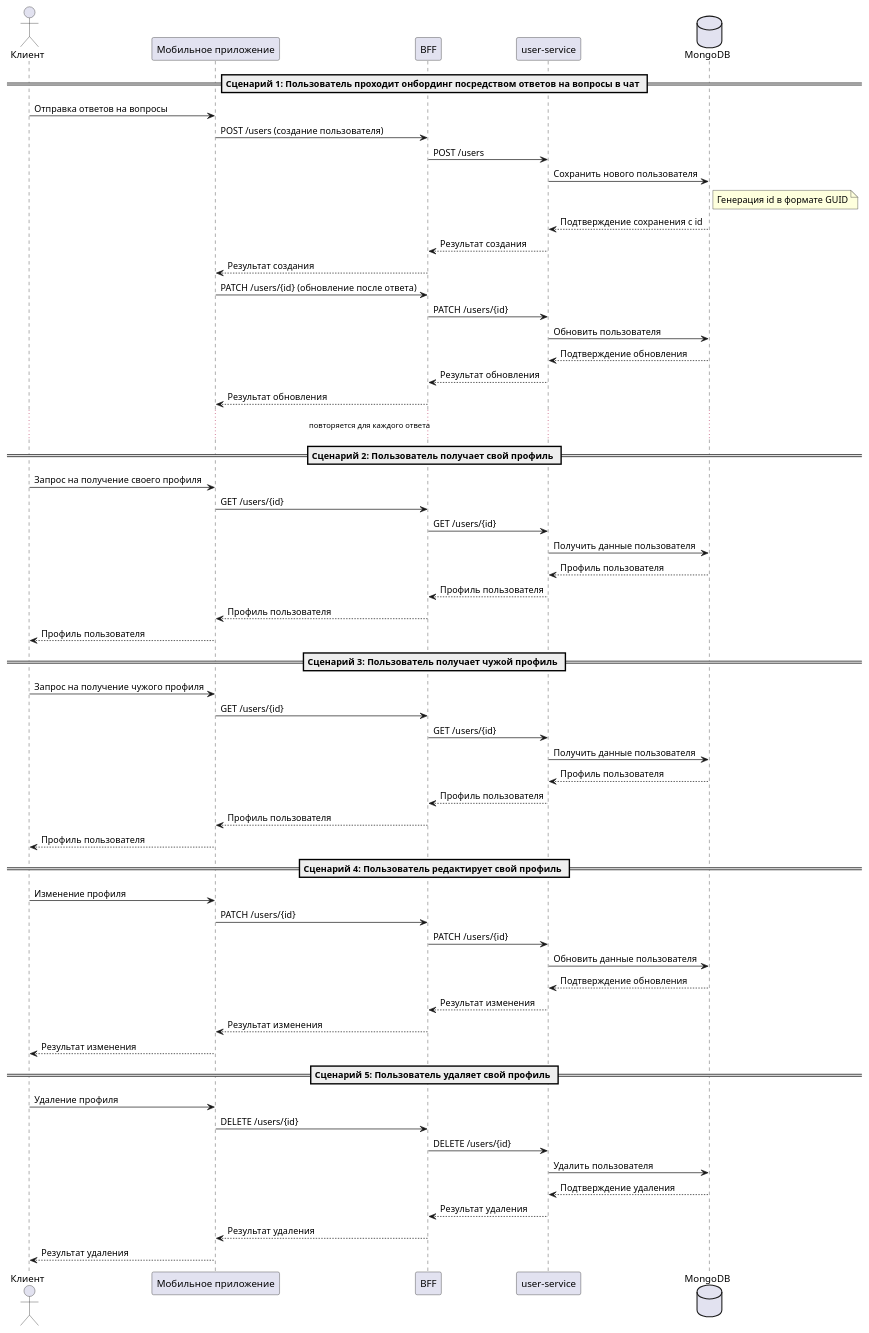
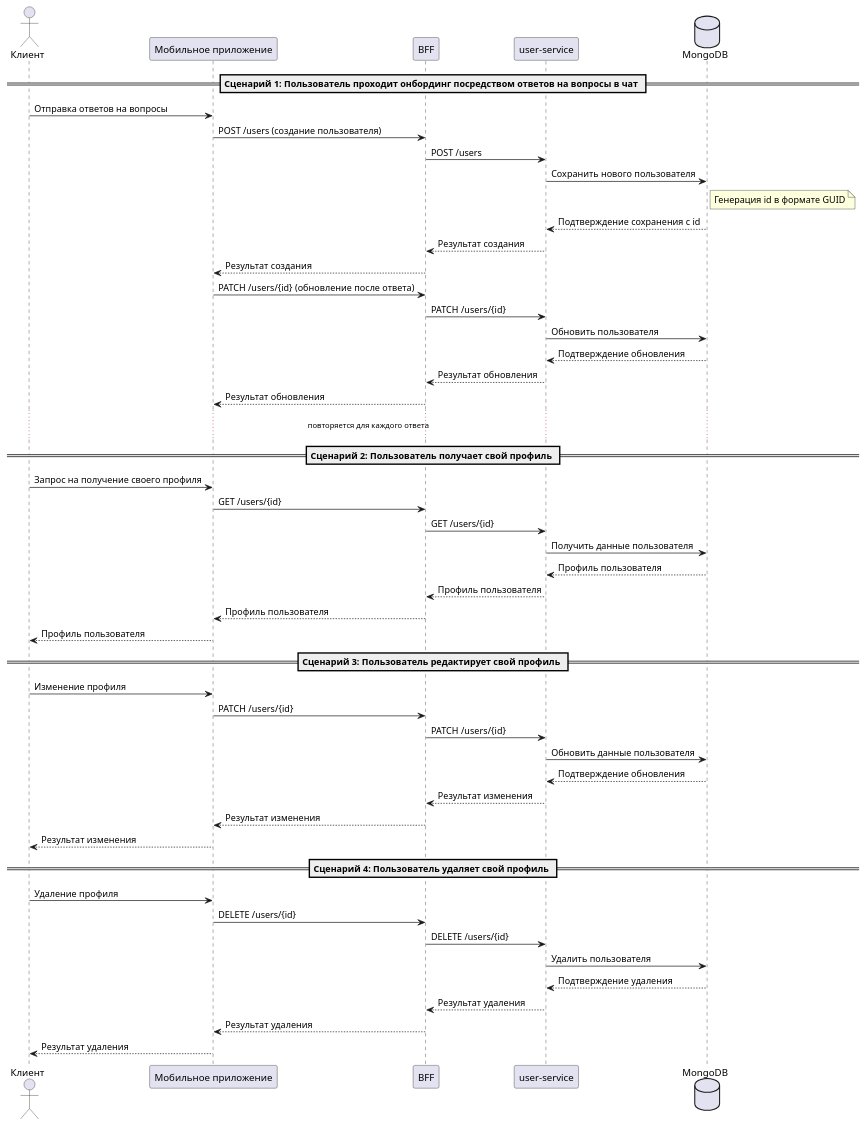
Before and after one commit to keviabird/Onesty_back: the diagram in docs/users.puml, drawn with PlantUML. The commit also changed 8 other files, not shown here.

```diff
--- a/docs/users.puml
+++ b/docs/users.puml
@@ -1,66 +1,66 @@
 @startuml
 
 actor Клиент
 participant "Мобильное приложение" as App
 participant "BFF" as BFF
 participant "user-service" as UserService
 database "MongoDB" as MongoDB
 
 == Сценарий 1: Пользователь проходит онбординг посредством ответов на вопросы в чат ==
 Клиент -> App: Отправка ответов на вопросы
 App -> BFF: POST /users (создание пользователя)
 BFF -> UserService: POST /users
 UserService -> MongoDB: Сохранить нового пользователя
 note right of MongoDB: Генерация id в формате GUID
 MongoDB --> UserService: Подтверждение сохранения с id
 UserService --> BFF: Результат создания
 BFF --> App: Результат создания
 App -> BFF: PATCH /users/{id} (обновление после ответа)
 BFF -> UserService: PATCH /users/{id}
 UserService -> MongoDB: Обновить пользователя
 MongoDB --> UserService: Подтверждение обновления
 UserService --> BFF: Результат обновления
 BFF --> App: Результат обновления
 ... повторяется для каждого ответа ...
 
 == Сценарий 2: Пользователь получает свой профиль ==
 Клиент -> App: Запрос на получение своего профиля
 App -> BFF: GET /users/{id}
 BFF -> UserService: GET /users/{id}
 UserService -> MongoDB: Получить данные пользователя
 MongoDB --> UserService: Профиль пользователя
 UserService --> BFF: Профиль пользователя
 BFF --> App: Профиль пользователя
 App --> Клиент: Профиль пользователя
 
-== Сценарий 3: Пользователь получает чужой профиль ==
-Клиент -> App: Запрос на получение чужого профиля
-App -> BFF: GET /users/{id}
-BFF -> UserService: GET /users/{id}
-UserService -> MongoDB: Получить данные пользователя
-MongoDB --> UserService: Профиль пользователя
-UserService --> BFF: Профиль пользователя
-BFF --> App: Профиль пользователя
-App --> Клиент: Профиль пользователя
+'== Сценарий 3: Пользователь получает чужой профиль ==
+'Клиент -> App: Запрос на получение чужого профиля
+'App -> BFF: GET /users/{id}
+'BFF -> UserService: GET /users/{id}
+'UserService -> MongoDB: Получить данные пользователя
+'MongoDB --> UserService: Профиль пользователя
+'UserService --> BFF: Профиль пользователя
+'BFF --> App: Профиль пользователя
+'App --> Клиент: Профиль пользователя
 
-== Сценарий 4: Пользователь редактирует свой профиль ==
+== Сценарий 3: Пользователь редактирует свой профиль ==
 Клиент -> App: Изменение профиля
 App -> BFF: PATCH /users/{id}
 BFF -> UserService: PATCH /users/{id}
 UserService -> MongoDB: Обновить данные пользователя
 MongoDB --> UserService: Подтверждение обновления
 UserService --> BFF: Результат изменения
 BFF --> App: Результат изменения
 App --> Клиент: Результат изменения
 
-== Сценарий 5: Пользователь удаляет свой профиль ==
+== Сценарий 4: Пользователь удаляет свой профиль ==
 Клиент -> App: Удаление профиля
 App -> BFF: DELETE /users/{id}
 BFF -> UserService: DELETE /users/{id}
 UserService -> MongoDB: Удалить пользователя
 MongoDB --> UserService: Подтверждение удаления
 UserService --> BFF: Результат удаления
 BFF --> App: Результат удаления
 App --> Клиент: Результат удаления
 
 @enduml
```
